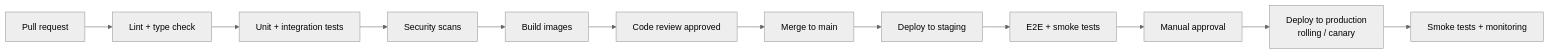
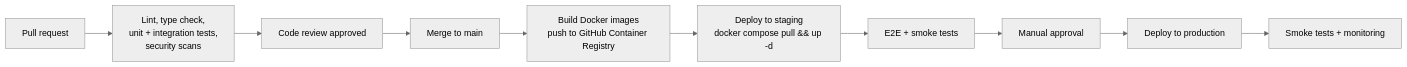
Before and after one commit to tufanrai/ERP-Enterprise-Resource-Planning-: the second of 2 diagrams in docs/architecture/05-infrastructure-and-deployment.md, drawn with Mermaid (neutral theme). The commit also changed other lines of this file and 9 other files, not shown here.

````diff
--- a/docs/architecture/05-infrastructure-and-deployment.md
+++ b/docs/architecture/05-infrastructure-and-deployment.md
@@ -49,14 +49,12 @@
 ```mermaid
 flowchart LR
-  pr[Pull request] --> lint[Lint + type check]
-  lint --> test[Unit + integration tests]
-  test --> sec[Security scans]
-  sec --> build[Build images]
-  build --> review[Code review approved]
+  pr[Pull request] --> checks[Lint, type check,<br/>unit + integration tests,<br/>security scans]
+  checks --> review[Code review approved]
   review --> merge[Merge to main]
-  merge --> stg[Deploy to staging]
+  merge --> build[Build Docker images<br/>push to GitHub Container Registry]
+  build --> stg[Deploy to staging<br/>docker compose pull && up -d]
   stg --> e2e[E2E + smoke tests]
   e2e --> approve[Manual approval]
-  approve --> prod[Deploy to production<br/>rolling / canary]
+  approve --> prod[Deploy to production]
   prod --> smoke[Smoke tests + monitoring]
 ```
````
